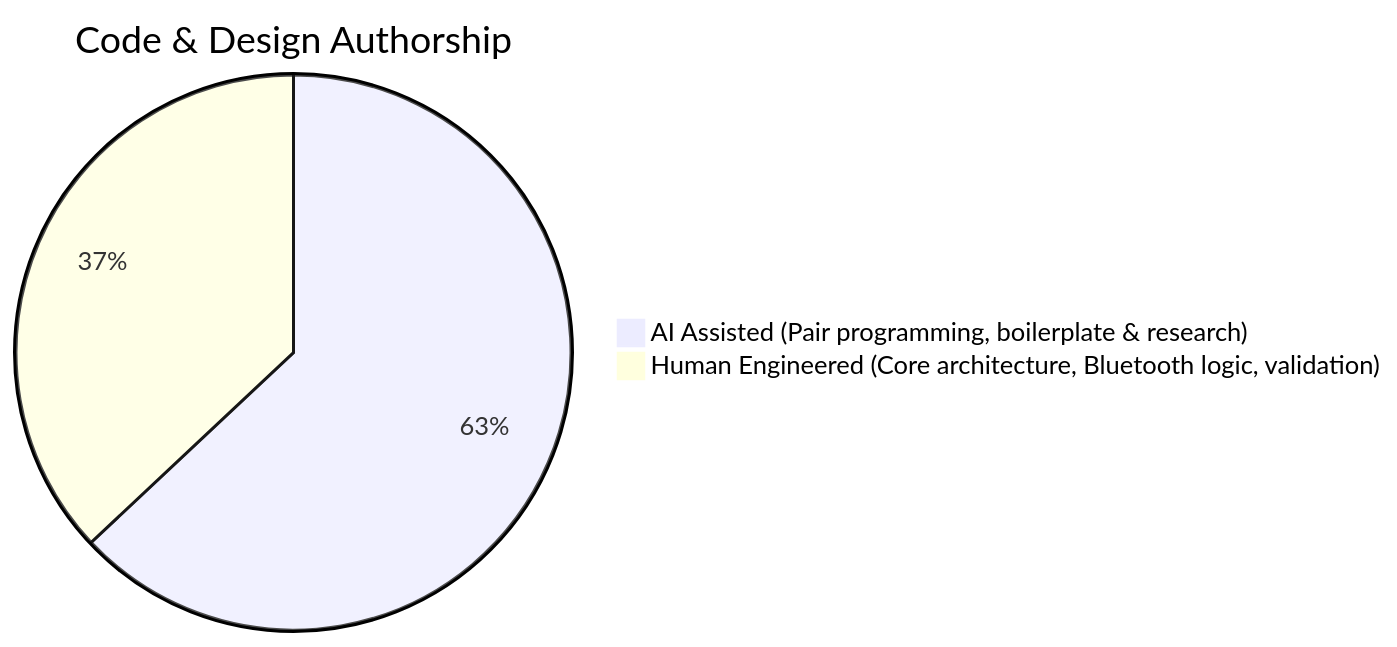
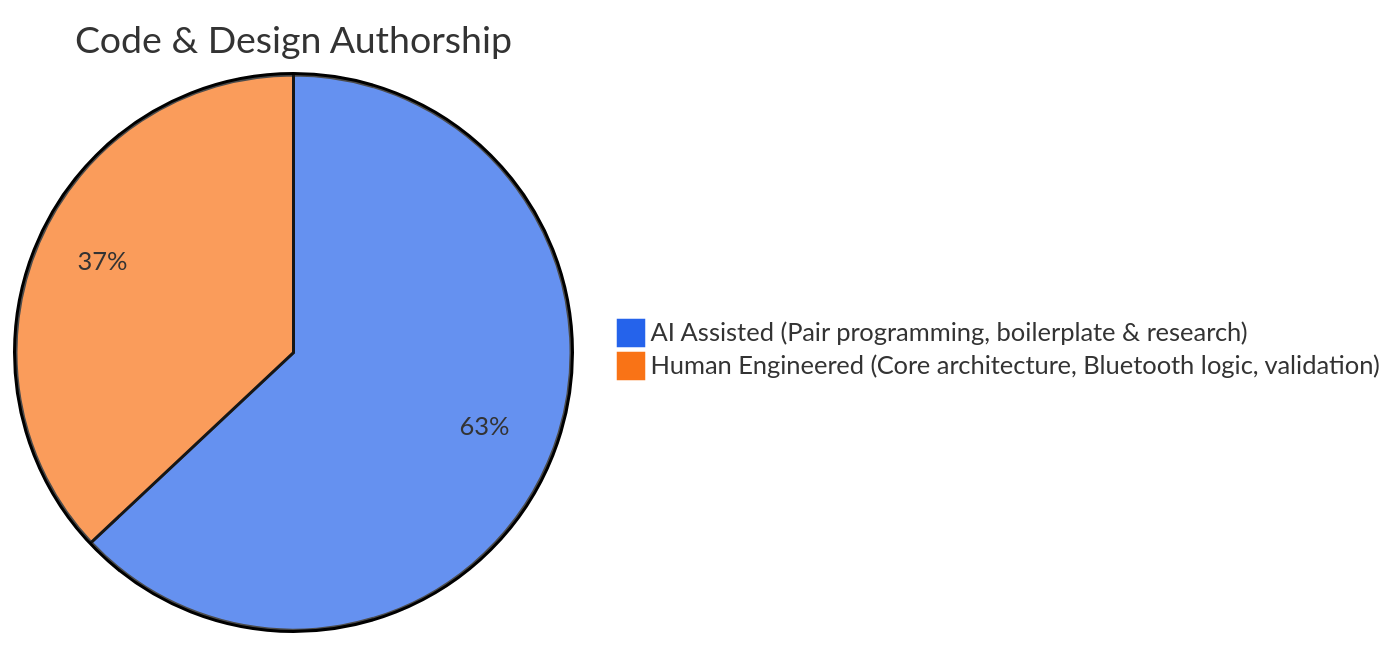
The first of 2 diagrams in README.md (iabhnv19/CipherX), drawn with Mermaid before and after one commit. The commit also changed other lines of this file, not shown here.

````diff
--- a/README.md
+++ b/README.md
@@ -70,5 +64,6 @@
 ```mermaid
+%%{init: { 'theme': 'base', 'themeVariables': { 'pie1': '#2563EB', 'pie2': '#F97316' }}}%%
 pie title Code & Design Authorship
     "AI Assisted (Pair programming, boilerplate & research)" : 63
     "Human Engineered (Core architecture, Bluetooth logic, validation)" : 37
 ```
````
